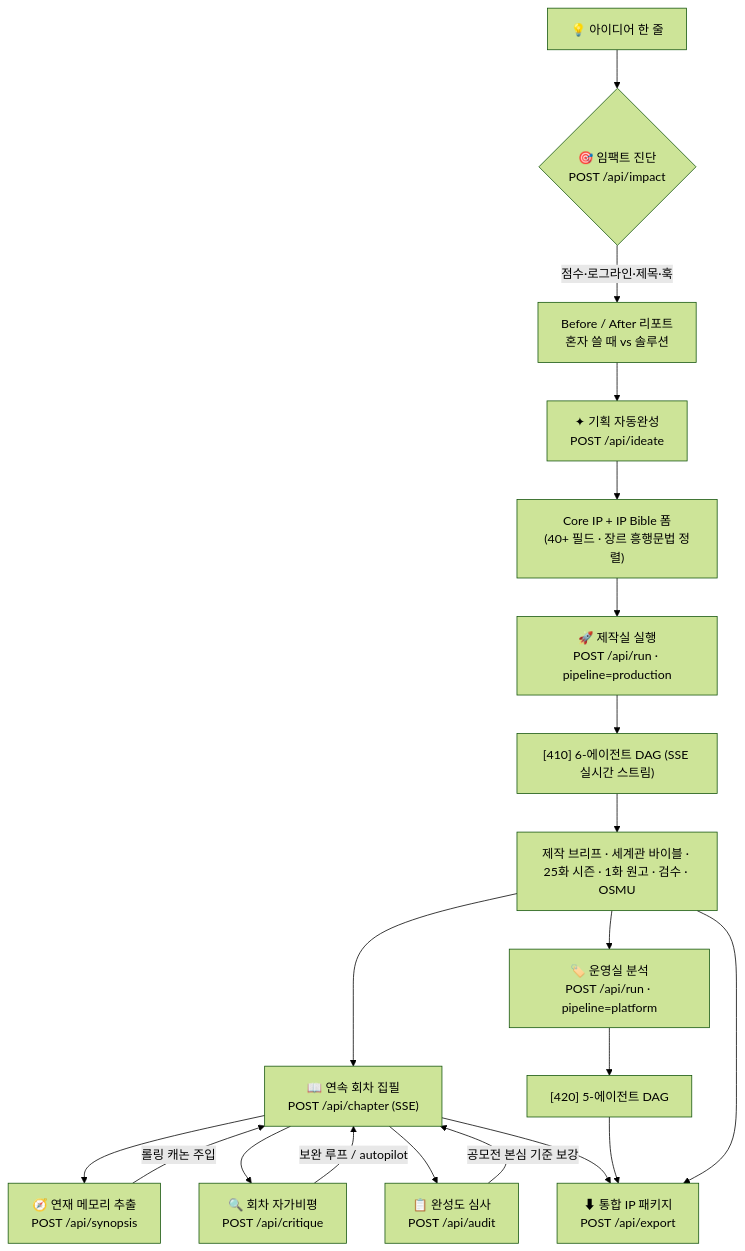
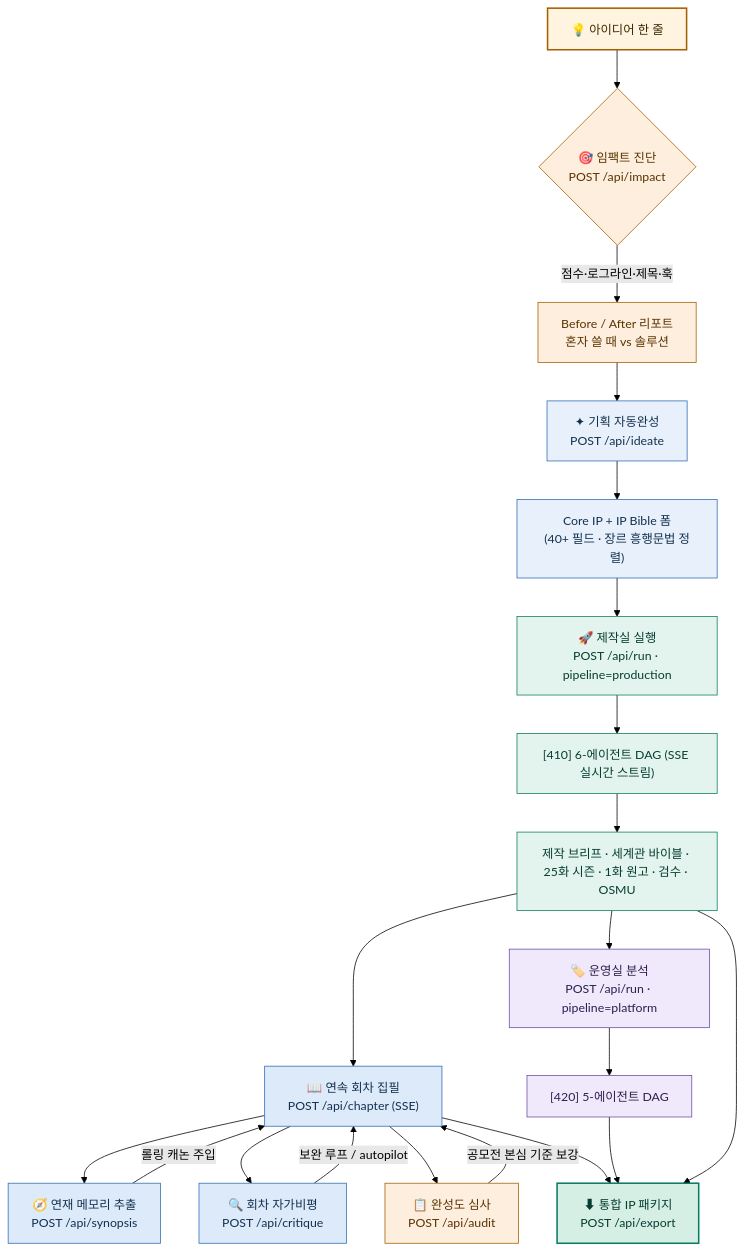
One commit to swparklab/webnovel-ip-agent changed the second of 7 diagrams in README.md. Above: the diagram before and after it, drawn with Mermaid (forest theme). The commit also changed other lines of this file, not shown here.

First line of the commit message:
docs: 워크플로우 도면 FIG.1~7에 계층별 색상(classDef) 적용

````diff
--- a/README.md
+++ b/README.md
@@ -80,22 +105,38 @@
 ```mermaid
 flowchart TB
     A["💡 아이디어 한 줄"] --> B{"🎯 임팩트 진단<br/>POST /api/impact"}
     B -->|"점수·로그라인·제목·훅"| C["Before / After 리포트<br/>혼자 쓸 때 vs 솔루션"]
     C --> D["✦ 기획 자동완성<br/>POST /api/ideate"]
     D --> E["Core IP + IP Bible 폼<br/>(40+ 필드 · 장르 흥행문법 정렬)"]
     E --> F["🚀 제작실 실행<br/>POST /api/run · pipeline=production"]
     F --> G["[410] 6-에이전트 DAG (SSE 실시간 스트림)"]
     G --> H["제작 브리프 · 세계관 바이블 · 25화 시즌 · 1화 원고 · 검수 · OSMU"]
     H --> I["📖 연속 회차 집필<br/>POST /api/chapter (SSE)"]
     I --> J["🧭 연재 메모리 추출<br/>POST /api/synopsis"]
     J -->|"롤링 캐논 주입"| I
     I --> K["🔍 회차 자가비평<br/>POST /api/critique"]
     K -->|"보완 루프 / autopilot"| I
     H --> L["🏷️ 운영실 분석<br/>POST /api/run · pipeline=platform"]
     L --> G2["[420] 5-에이전트 DAG"]
     I --> M["📋 완성도 심사<br/>POST /api/audit"]
     M -->|"공모전 본심 기준 보강"| I
     I --> N["⬇ 통합 IP 패키지<br/>POST /api/export"]
     G2 --> N
     H --> N
+
+    classDef idea fill:#fff4df,stroke:#a55f00,stroke-width:2px,color:#3a2a00
+    classDef diag fill:#fdeede,stroke:#a55f00,color:#5a3300
+    classDef plan fill:#e7f0fb,stroke:#2f6db0,color:#13314f
+    classDef prod fill:#e3f4ee,stroke:#0c7b63,color:#063d31
+    classDef chap fill:#dceafa,stroke:#2f6db0,color:#13314f
+    classDef ops fill:#efe9fb,stroke:#6b4ea5,color:#2e1f4d
+    classDef out fill:#d6efe5,stroke:#0c7b63,stroke-width:2px,color:#063d31
+    class A idea
+    class B,C diag
+    class D,E plan
+    class F,G,H prod
+    class I,J,K chap
+    class L,G2 ops
+    class M diag
+    class N out
 ```
````
